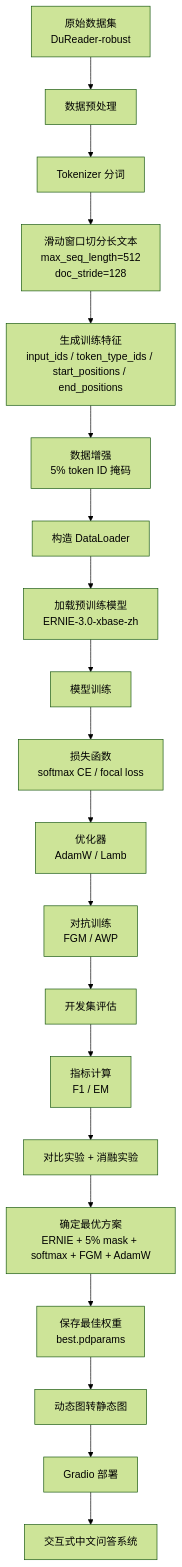
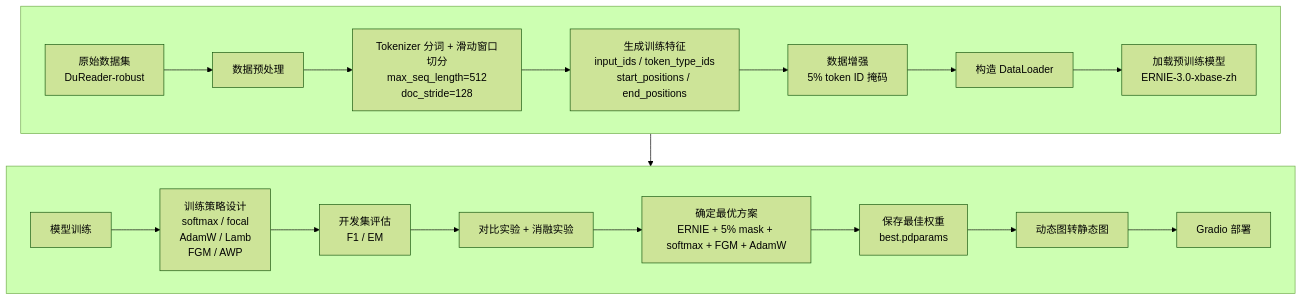
Before and after one commit to beautyarbutin/agent_travel: the first of 2 diagrams in docs/ernie3_mrc_ppt_content.md, drawn with Mermaid (forest theme).

Commit message:
Adjust ERNIE flowchart layout

````diff
--- a/docs/ernie3_mrc_ppt_content.md
+++ b/docs/ernie3_mrc_ppt_content.md
@@ -76,22 +76,25 @@
 ```mermaid
-flowchart TD
-    A["原始数据集<br/>DuReader-robust"] --> B["数据预处理"]
-    B --> B1["Tokenizer 分词"]
-    B1 --> B2["滑动窗口切分长文本<br/>max_seq_length=512<br/>doc_stride=128"]
-    B2 --> B3["生成训练特征<br/>input_ids / token_type_ids / start_positions / end_positions"]
-    B3 --> B4["数据增强<br/>5% token ID 掩码"]
-    B4 --> C["构造 DataLoader"]
-    C --> D["加载预训练模型<br/>ERNIE-3.0-xbase-zh"]
-    D --> E["模型训练"]
-    E --> E1["损失函数<br/>softmax CE / focal loss"]
-    E1 --> E2["优化器<br/>AdamW / Lamb"]
-    E2 --> E3["对抗训练<br/>FGM / AWP"]
-    E3 --> F["开发集评估"]
-    F --> G["指标计算<br/>F1 / EM"]
-    G --> H["对比实验 + 消融实验"]
-    H --> I["确定最优方案<br/>ERNIE + 5% mask + softmax + FGM + AdamW"]
-    I --> J["保存最佳权重<br/>best.pdparams"]
-    J --> K["动态图转静态图"]
-    K --> L["Gradio 部署"]
-    L --> M["交互式中文问答系统"]
+flowchart TB
+    subgraph R1[" "]
+        direction LR
+        A["原始数据集<br/>DuReader-robust"] --> B["数据预处理"]
+        B --> C["Tokenizer 分词 + 滑动窗口切分<br/>max_seq_length=512<br/>doc_stride=128"]
+        C --> D["生成训练特征<br/>input_ids / token_type_ids<br/>start_positions / end_positions"]
+        D --> E["数据增强<br/>5% token ID 掩码"]
+        E --> F["构造 DataLoader"]
+        F --> G["加载预训练模型<br/>ERNIE-3.0-xbase-zh"]
+    end
+
+    subgraph R2[" "]
+        direction LR
+        H["模型训练"] --> I["训练策略设计<br/>softmax / focal<br/>AdamW / Lamb<br/>FGM / AWP"]
+        I --> J["开发集评估<br/>F1 / EM"]
+        J --> K["对比实验 + 消融实验"]
+        K --> L["确定最优方案<br/>ERNIE + 5% mask + softmax + FGM + AdamW"]
+        L --> M["保存最佳权重<br/>best.pdparams"]
+        M --> N["动态图转静态图"]
+        N --> O["Gradio 部署"]
+    end
+
+    G --> H
 ```
````
